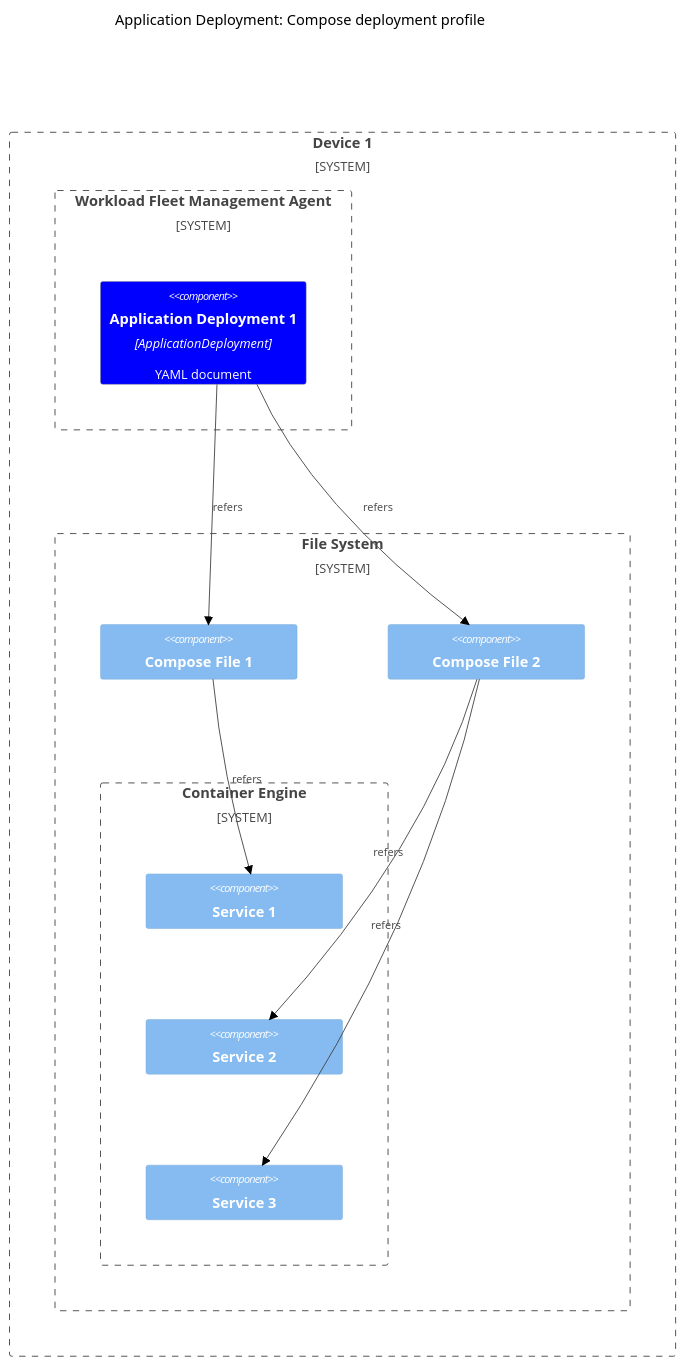
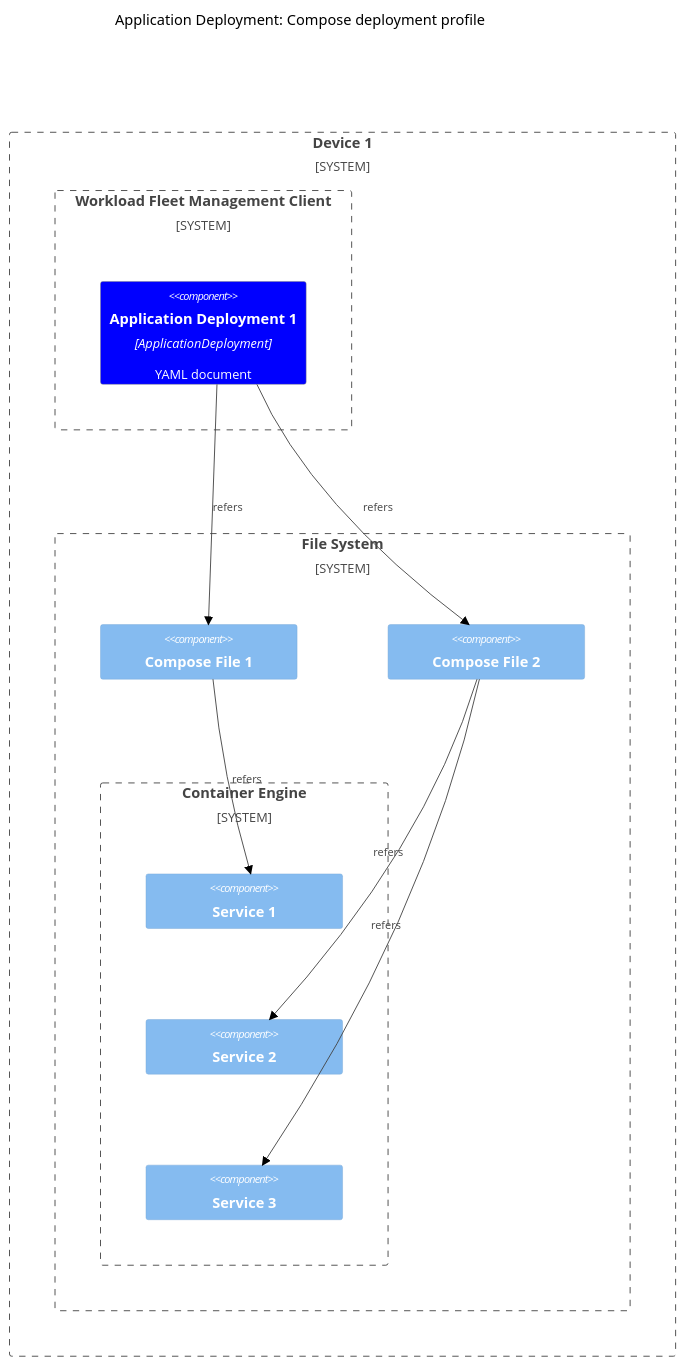
Before and after one commit to Silvanoc/margo-specification: the sixth of 6 diagrams in system-design/personas-and-definitions/software-composition.md, drawn with Mermaid (neutral theme). The commit also changed other lines of this file and 7 other files, not shown here.

````diff
--- a/system-design/personas-and-definitions/software-composition.md
+++ b/system-design/personas-and-definitions/software-composition.md
@@ -244,30 +244,30 @@
 ```mermaid
 C4Component
     title Application Deployment: Compose deployment profile
 
     UpdateLayoutConfig($c4BoundaryInRow="3", $c4ShapeInRow="1")
 
     System_Boundary(dev1, "Device 1") {
-        System_Boundary(woa1, "Workload Fleet Management Agent") {
+        System_Boundary(woa1, "Workload Fleet Management Client") {
             Component(atb1, "Application Deployment 1", "ApplicationDeployment", "YAML document")
         }
 
         System_Boundary(fs1, "File System") {
             Component(cc1, "Compose File 1")
             Component(cc2, "Compose File 2")
             System_Boundary(doc1, "Container Engine") {
                 Component(srv1, "Service 1")
                 Component(srv2, "Service 2")
                 Component(srv3, "Service 3")
             }
         }
     }
 
     Rel(atb1, cc1, "refers")
     Rel(atb1, cc2, "refers")
     Rel(cc1, srv1, "refers")
     Rel(cc2, srv2, "refers")
     Rel(cc2, srv3, "refers")
 
     UpdateElementStyle(atb1, $fontColor="white", $bgColor="blue", $borderColor="grey")
 ```
````
